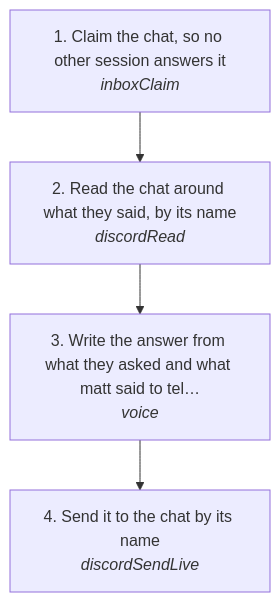
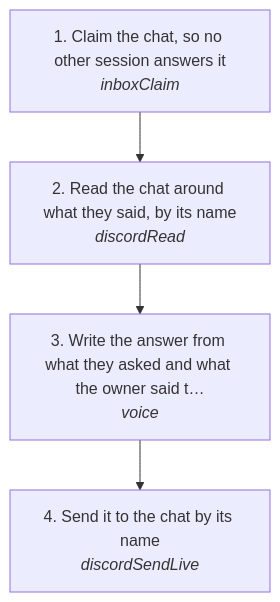
The diagram in docs/useCases/discord/channelReply.md (matthewdonsemail-lab/log), drawn with Mermaid before and after one commit. The commit also changed other lines of this file and 267 other files, not shown here.

````diff
--- a/docs/useCases/discord/channelReply.md
+++ b/docs/useCases/discord/channelReply.md
@@ -14,10 +14,10 @@
 ```mermaid
 flowchart TD
   s0["1. Claim the chat, so no other session answers it<br/><i>inboxClaim</i>"]
   s1["2. Read the chat around what they said, by its name<br/><i>discordRead</i>"]
-  s2["3. Write the answer from what they asked and what matt said to tel…<br/><i>voice</i>"]
+  s2["3. Write the answer from what they asked and what the owner said t…<br/><i>voice</i>"]
   s3["4. Send it to the chat by its name<br/><i>discordSendLive</i>"]
   s0 --> s1
   s1 --> s2
   s2 --> s3
 ```
````
